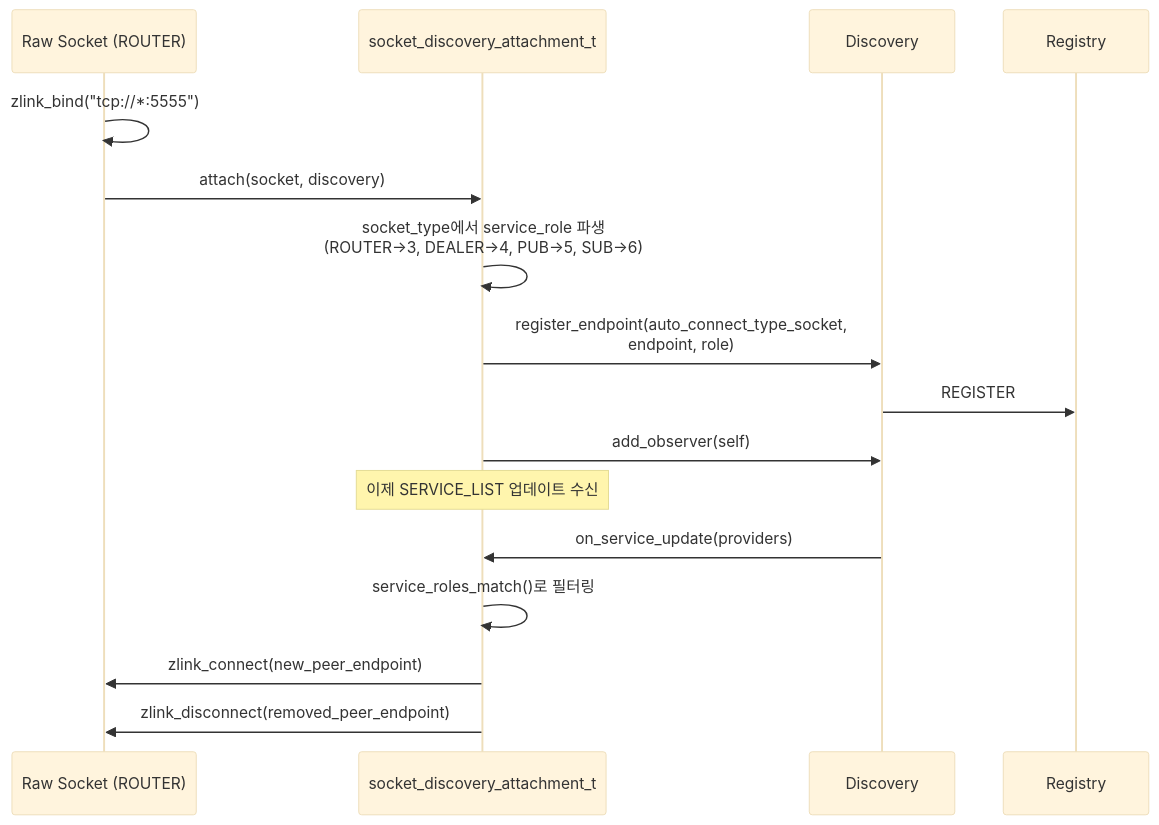
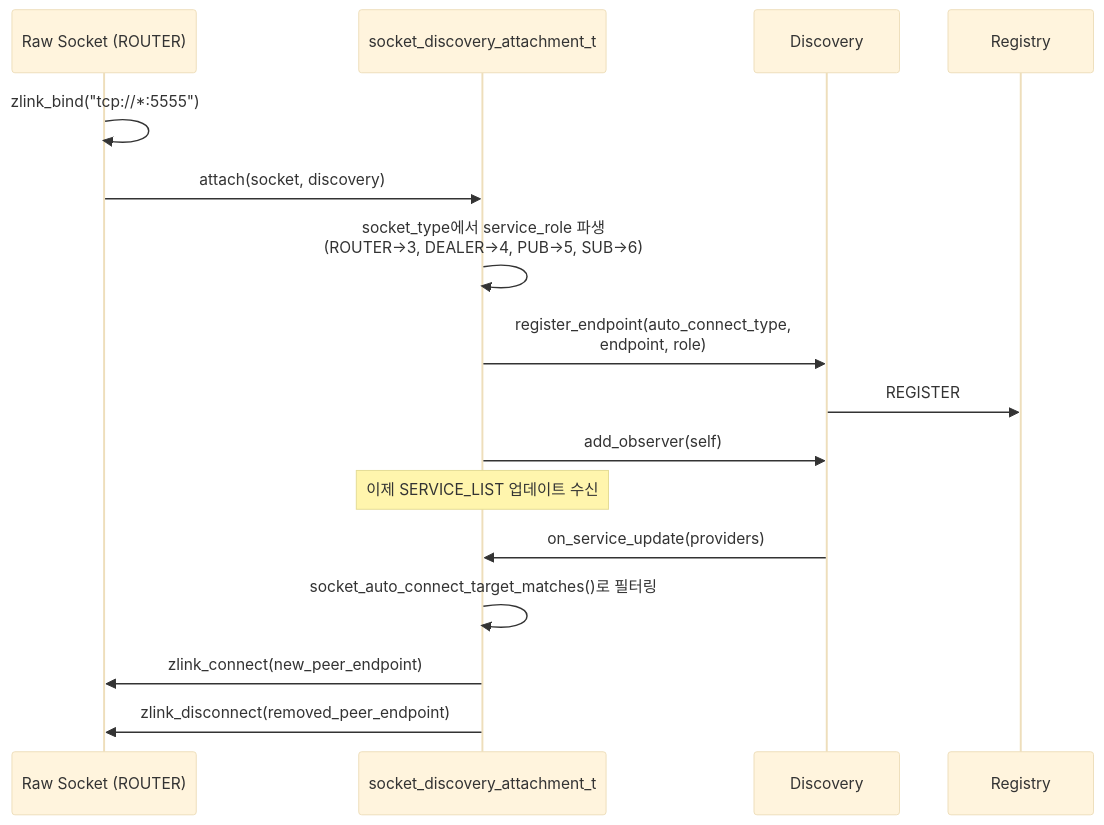
The sixth of 11 diagrams in doc/internals/discovery-internals.ko.md (kairos-code-dev/zlink), drawn with Mermaid (base theme) before and after one commit. The commit also changed other lines of this file and 163 other files, not shown here.

````diff
--- a/doc/internals/discovery-internals.ko.md
+++ b/doc/internals/discovery-internals.ko.md
@@ -242,21 +242,21 @@
 ```mermaid
 sequenceDiagram
     participant Socket as Raw Socket (ROUTER)
     participant Attach as socket_discovery_attachment_t
     participant Disc as Discovery
     participant REG as Registry
 
     Socket->>Socket: zlink_bind("tcp://*:5555")
     Socket->>Attach: attach(socket, discovery)
     Attach->>Attach: socket_type에서 service_role 파생<br/>(ROUTER→3, DEALER→4, PUB→5, SUB→6)
-    Attach->>Disc: register_endpoint(auto_connect_type_socket,<br/>endpoint, role)
+    Attach->>Disc: register_endpoint(auto_connect_type,<br/>endpoint, role)
     Disc->>REG: REGISTER
 
     Attach->>Disc: add_observer(self)
     Note over Attach: 이제 SERVICE_LIST 업데이트 수신
 
     Disc->>Attach: on_service_update(providers)
-    Attach->>Attach: service_roles_match()로 필터링
+    Attach->>Attach: socket_auto_connect_target_matches()로 필터링
     Attach->>Socket: zlink_connect(new_peer_endpoint)
     Attach->>Socket: zlink_disconnect(removed_peer_endpoint)
 ```
````
